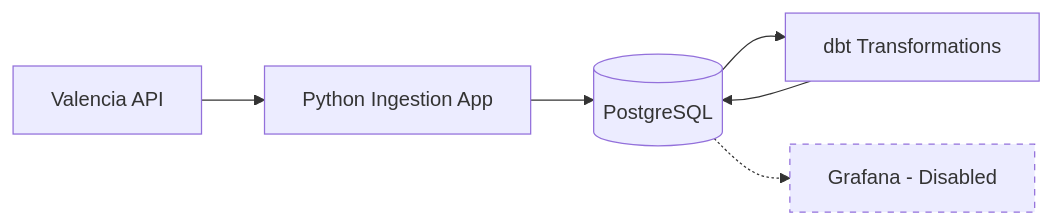
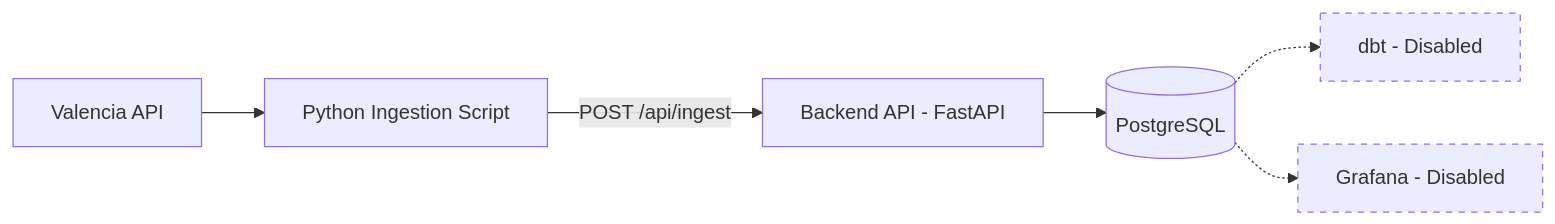
The first of 3 diagrams in z_Documentacion/DOCUMENTACION_TECNICA.md (SergioM-prog/Data-Project-1-Calidad-del-aire), drawn with Mermaid before and after one commit. The commit also changed other lines of this file, not shown here.

````diff
--- a/z_Documentacion/DOCUMENTACION_TECNICA.md
+++ b/z_Documentacion/DOCUMENTACION_TECNICA.md
@@ -36,9 +133,10 @@
 ```mermaid
 graph LR
-    A[Valencia API] --> B[Python Ingestion App]
-    B --> C[(PostgreSQL)]
-    C --> D[dbt Transformations]
-    D --> C
-    C -.-> E[Grafana - Disabled]
+    A[Valencia API] --> B[Python Ingestion Script]
+    B -->|POST /api/ingest| C[Backend API - FastAPI]
+    C --> D[(PostgreSQL)]
+    D -.-> E[dbt - Disabled]
+    D -.-> F[Grafana - Disabled]
     style E stroke-dasharray: 5 5
+    style F stroke-dasharray: 5 5
 ```
````
